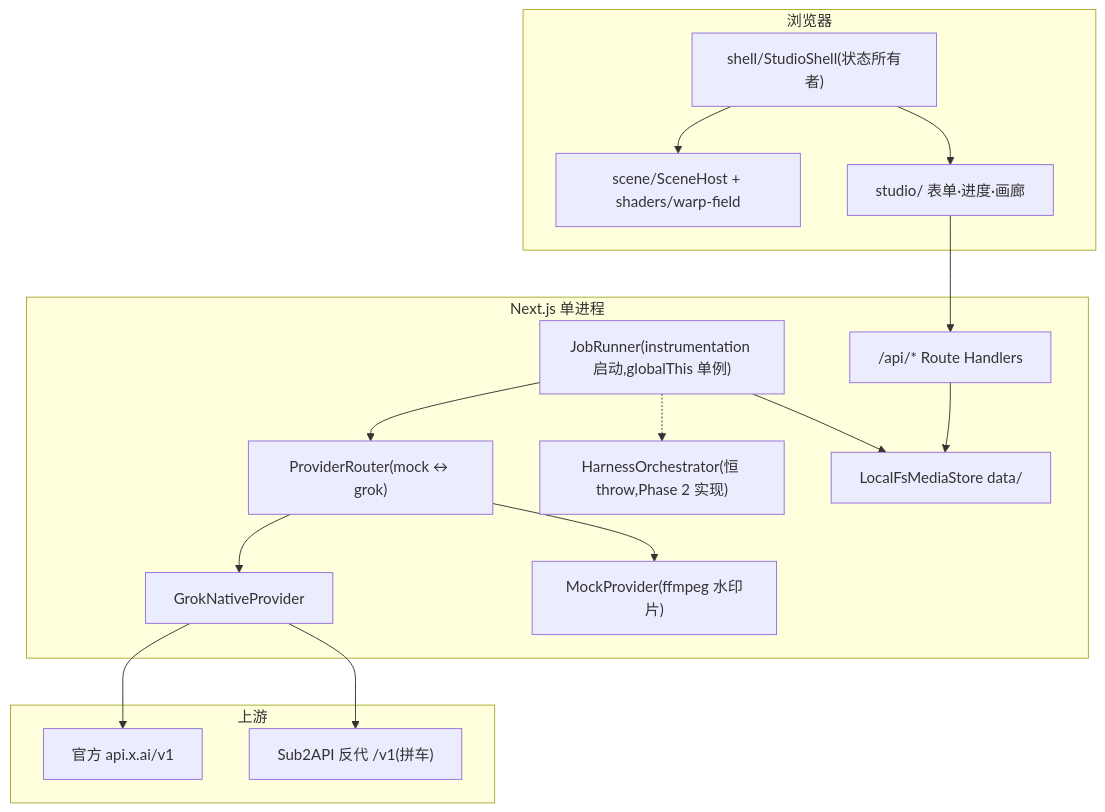
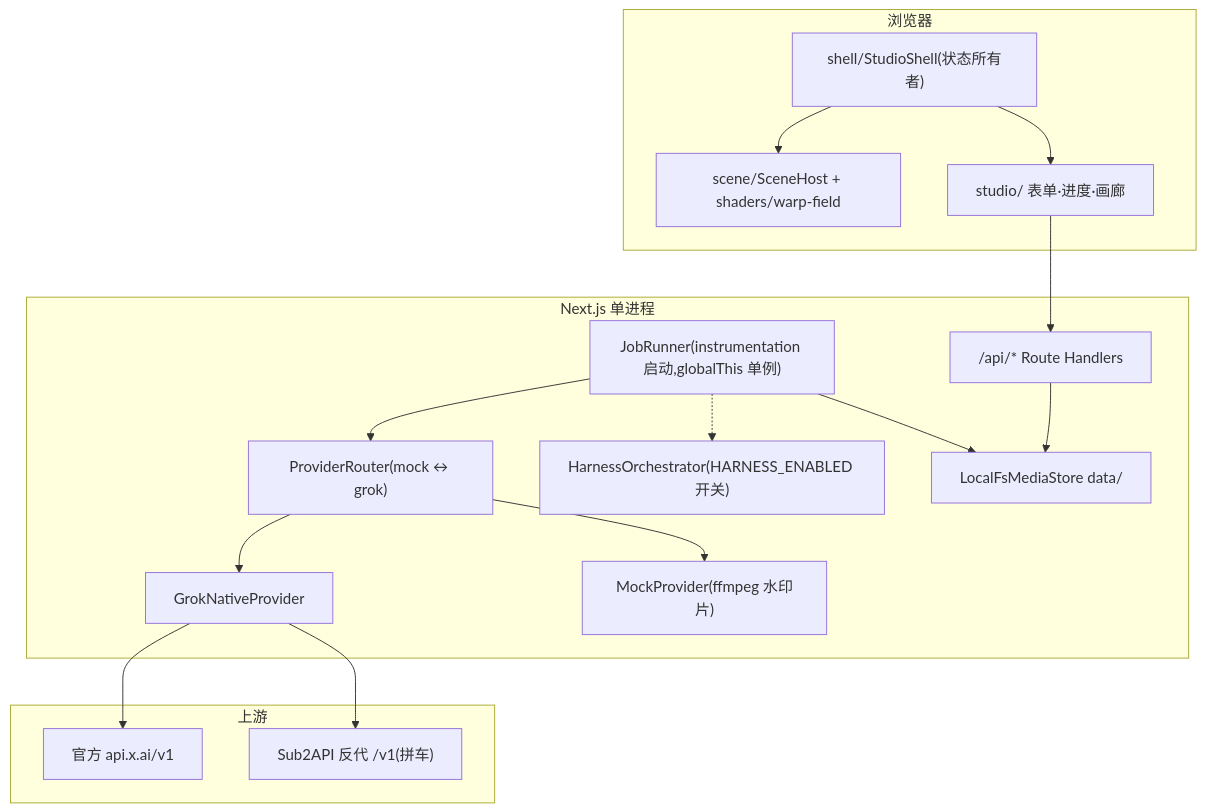
Before and after one commit to Software0802/VideoPlatform: the diagram in docs/design.md, drawn with Mermaid. The commit also changed other lines of this file and 31 other files, not shown here.

````diff
--- a/docs/design.md
+++ b/docs/design.md
@@ -18,29 +18,29 @@
 ```mermaid
 flowchart TB
   subgraph browser [浏览器]
     Shell["shell/StudioShell(状态所有者)"]
     Scene["scene/SceneHost + shaders/warp-field"]
     Studio["studio/ 表单·进度·画廊"]
   end
   subgraph next [Next.js 单进程]
     RH["/api/* Route Handlers"]
     Runner["JobRunner(instrumentation 启动,globalThis 单例)"]
     Router["ProviderRouter(mock ↔ grok)"]
     Grok["GrokNativeProvider"]
     Mock["MockProvider(ffmpeg 水印片)"]
-    Harness["HarnessOrchestrator(恒 throw,Phase 2 实现)"]
+    Harness["HarnessOrchestrator(HARNESS_ENABLED 开关)"]
     FS["LocalFsMediaStore data/"]
   end
   subgraph upstream [上游]
     XAI["官方 api.x.ai/v1"]
     S2A["Sub2API 反代 /v1(拼车)"]
   end
   Shell --> Scene & Studio
   Studio --> RH
   RH --> FS
   Runner --> Router --> Grok & Mock
   Runner -.-> Harness
   Grok --> XAI
   Grok --> S2A
   Runner --> FS
 ```
````
